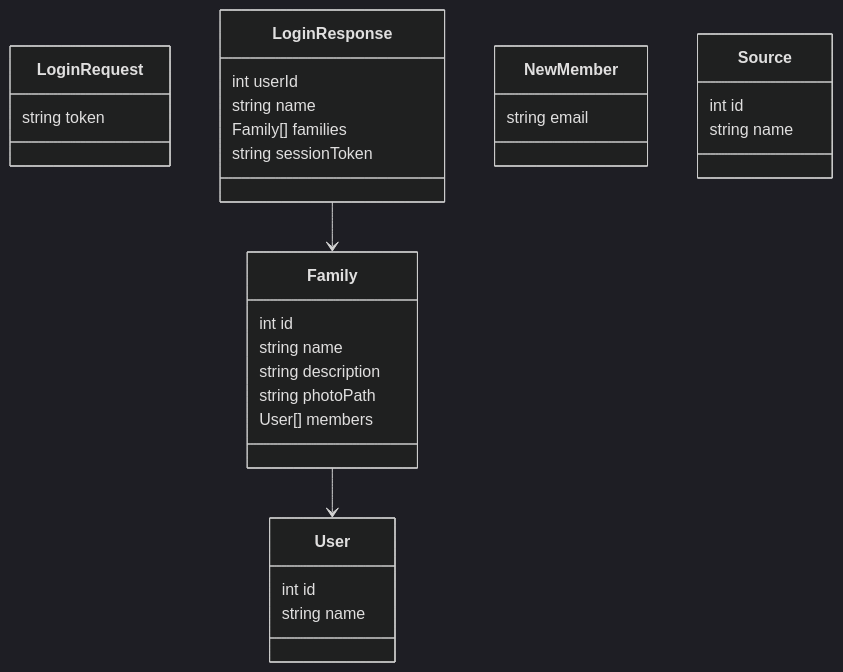
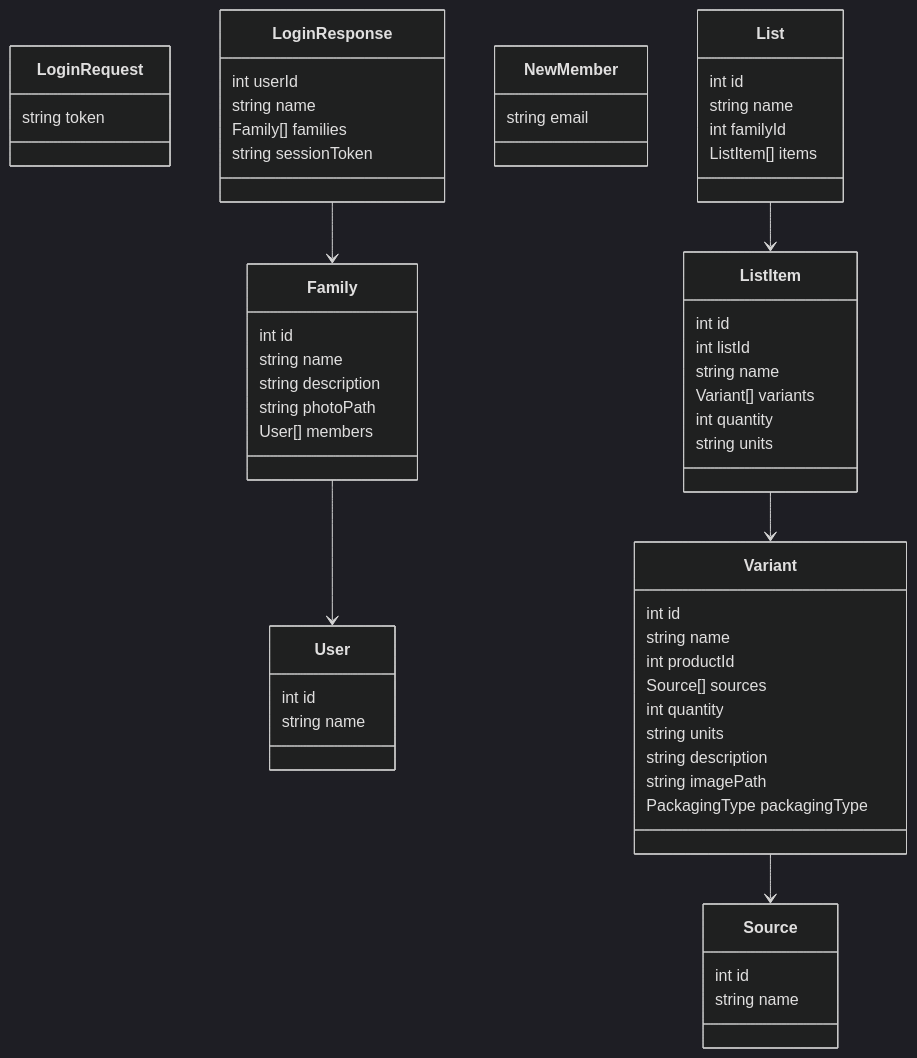
One commit to blacksquaresa/forager changed the diagram in docs/api_definition.md. Above: the diagram before and after it, drawn with Mermaid (dark theme). The commit also changed other lines of this file and 1 other file, not shown here.

````diff
--- a/docs/api_definition.md
+++ b/docs/api_definition.md
@@ -25,32 +37,60 @@
 ```mermaid
 classDiagram
 class LoginRequest {
   string token
 }
 class LoginResponse {
   int userId
   string name
   Family[] families
   string sessionToken
 }
 class Family{
   int id
   string name
   string description
   string photoPath
   User[] members
 }
 class User{
   int id
   string name
 }
 class NewMember{
   string email
 }
 class Source {
   int id
   string name
 }
+class List {
+  int id
+  string name
+  int familyId
+  ListItem[] items
+}
+class ListItem {
+  int id
+  int listId
+  string name
+  Variant[] variants
+  int quantity
+  string units
+}
+class Variant {
+  int id
+  string name
+  int productId
+  Source[] sources
+  int quantity
+  string units
+  string description
+  string imagePath
+  PackagingType packagingType
+}
 LoginResponse --> Family
 Family --> User
+List --> ListItem
+ListItem--> Variant
+Variant --> Source
 ```
````
